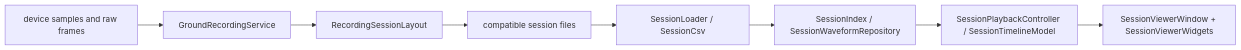
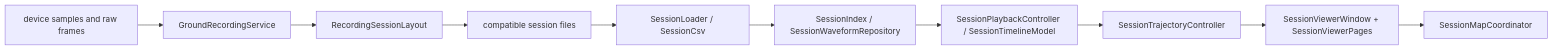
Before and after one commit to Winter-And-You-Gone/VaporView: the third of 4 diagrams in docs/architecture.md, drawn with Mermaid. The commit also changed other lines of this file and 18 other files, not shown here.

Commit message:
Complete SessionViewer responsibility split

````diff
--- a/docs/architecture.md
+++ b/docs/architecture.md
@@ -193,10 +193,12 @@
 ```mermaid
 flowchart LR
   Samples["device samples and raw frames"] --> GRS["GroundRecordingService"]
   GRS --> Layout["RecordingSessionLayout"]
   Layout --> Files["compatible session files"]
   Files --> Loader["SessionLoader / SessionCsv"]
   Loader --> Index["SessionIndex / SessionWaveformRepository"]
   Index --> Playback["SessionPlaybackController / SessionTimelineModel"]
-  Playback --> View["SessionViewerWindow + SessionViewerWidgets"]
+  Playback --> Controller["SessionTrajectoryController"]
+  Controller --> View["SessionViewerWindow + SessionViewerPages"]
+  View --> Map["SessionMapCoordinator"]
 ```
````
